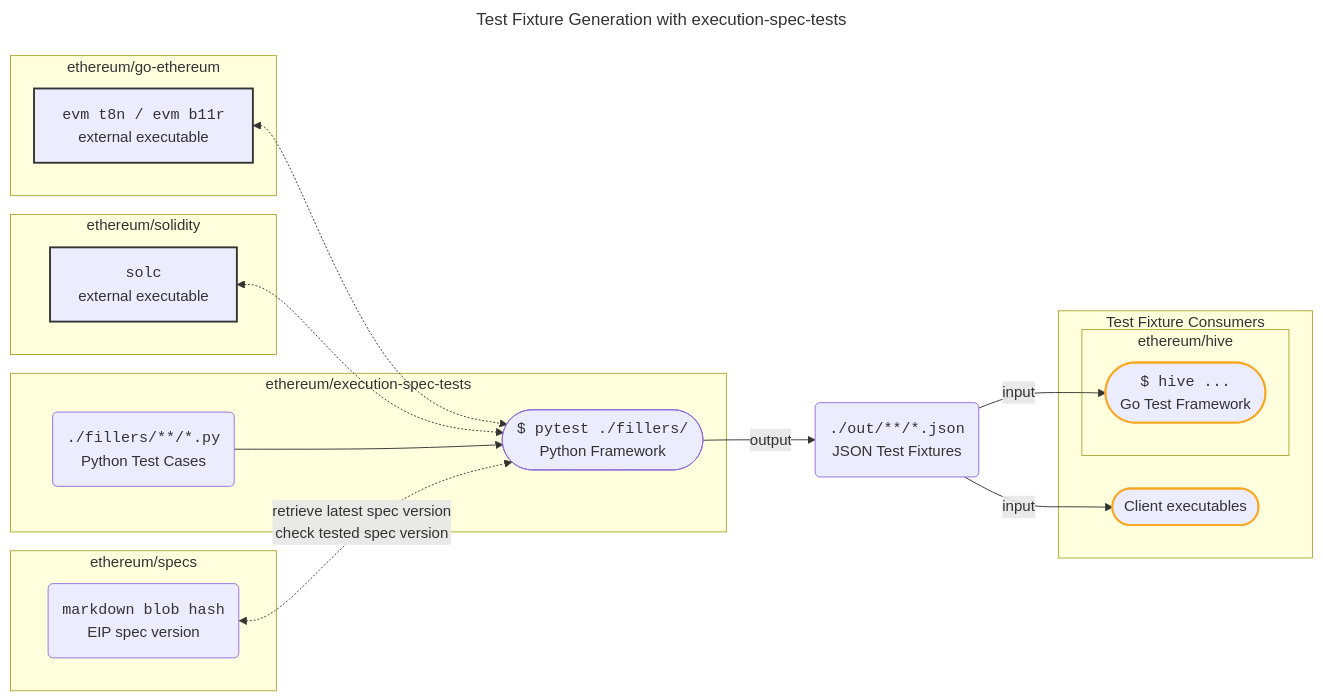
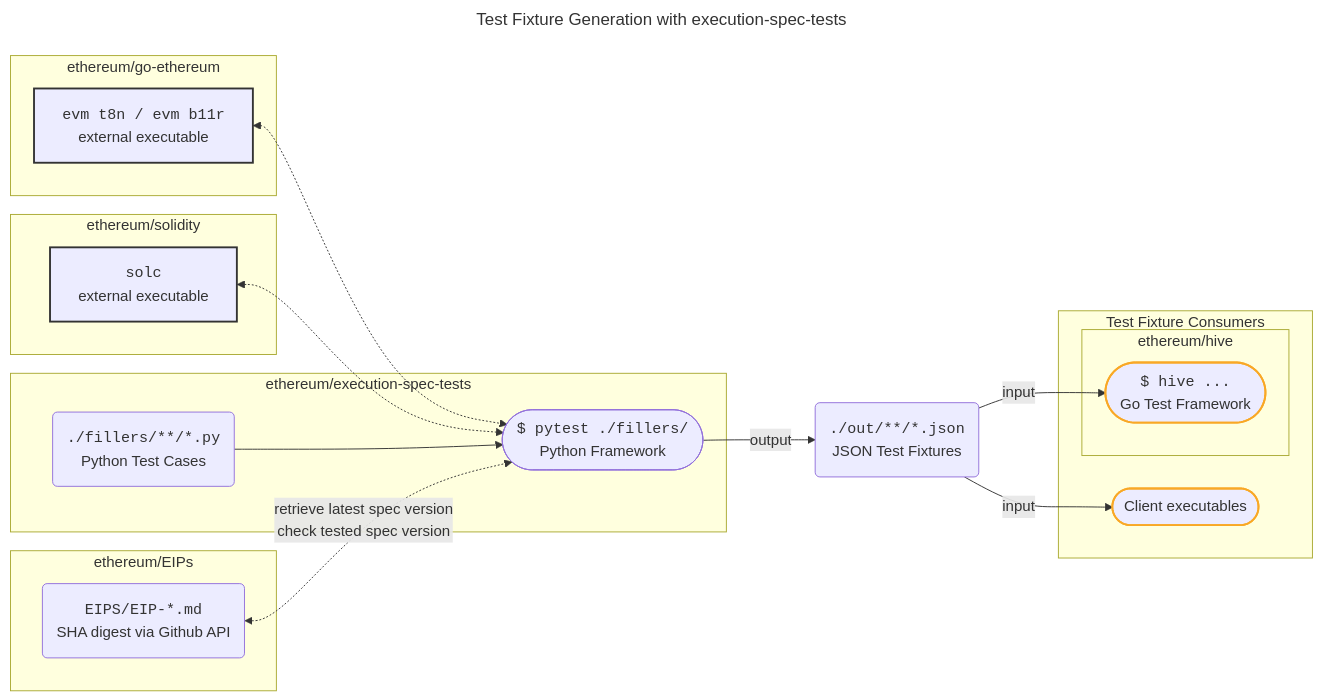
The diagram in index.md (richardgreg/execution-specs), drawn with Mermaid before and after one commit. The commit also changed 11 other files, not shown here.

````diff
--- a/index.md
+++ b/index.md
@@ -15,42 +15,42 @@
 ```mermaid
 ---
 title: Test Fixture Generation with execution-spec-tests
 ---
 flowchart LR
   style C stroke:#333,stroke-width:2px
   style D stroke:#333,stroke-width:2px
   style G stroke:#F9A825,stroke-width:2px
   style H stroke:#F9A825,stroke-width:2px
   
   subgraph ethereum/go-ethereum
     C[<code>evm t8n / evm b11r</code>\nexternal executable]
   end
 
   subgraph ethereum/solidity
     D[<code>solc</code>\nexternal executable]
   end
 
-  subgraph ethereum/specs
-    E(<code>markdown blob hash</code>\nEIP spec version)
+  subgraph ethereum/EIPs
+    E(<code>EIPS/EIP-*.md</code>\nSHA digest via Github API)
   end
 
   subgraph "ethereum/execution-spec-tests"
     A(<code>./fillers/**/*.py</code>\nPython Test Cases)
     B([<code>$ pytest ./fillers/</code>\nPython Framework])
   end
 
   subgraph Test Fixture Consumers
     subgraph ethereum/hive
       G([<code>$ hive ...</code>\nGo Test Framework])
     end
     H([Client executables])
   end
 
   C <-.-> B  
   D <-.-> B
   A --> B
   E <-.-> |retrieve latest spec version\ncheck tested spec version| B
   B -->|output| F(<code>./out/**/*.json</code>\nJSON Test Fixtures)
   F -->|input| G
   F -->|input| H
 ```
````
